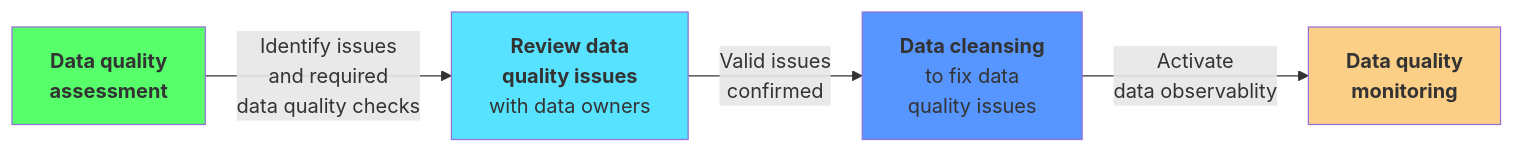
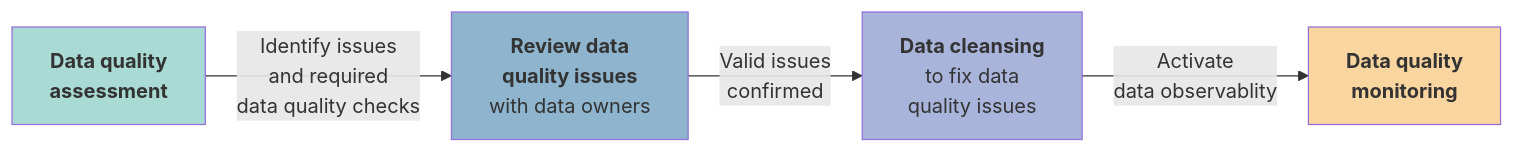
One commit to dqops/dqo changed the first of 5 diagrams in docs/dqo-concepts/data-quality-process.md. Above: the diagram before and after it, drawn with Mermaid. The commit also changed other lines of this file, not shown here.

````diff
--- a/docs/dqo-concepts/data-quality-process.md
+++ b/docs/dqo-concepts/data-quality-process.md
@@ -40,11 +40,11 @@
 ``` mermaid
 graph LR
   DATA_QUALITY_ASSESSMENT[<strong>Data quality<br/>assessment</strong>]:::assessment --> |Identify issues<br/>and required<br/>data quality checks| DATA_QUALITY_REVIEW[<strong>Review data<br/> quality issues</strong><br/>with data owners]:::review;
   DATA_QUALITY_REVIEW --> |Valid issues<br/>confirmed| DATA_CLEANSING[<strong>Data cleansing<br/></strong> to fix data<br/>quality issues]:::cleansing;
   DATA_CLEANSING --> |Activate<br/>data observablity| DATA_OBSERVABILITY[<strong>Data quality<br/>monitoring</strong>]:::monitoring;
   
-  classDef assessment fill:#57ff6a;
-  classDef review fill:#57e3ff;
-  classDef cleansing fill:#5795ff;
-  classDef monitoring fill:#fccf86;
+  classDef assessment fill:#A9DBD4;
+  classDef review fill:#8EB5CD;
+  classDef cleansing fill:#A9B4DB;
+  classDef monitoring fill:#F9D59F;
 ```
````
